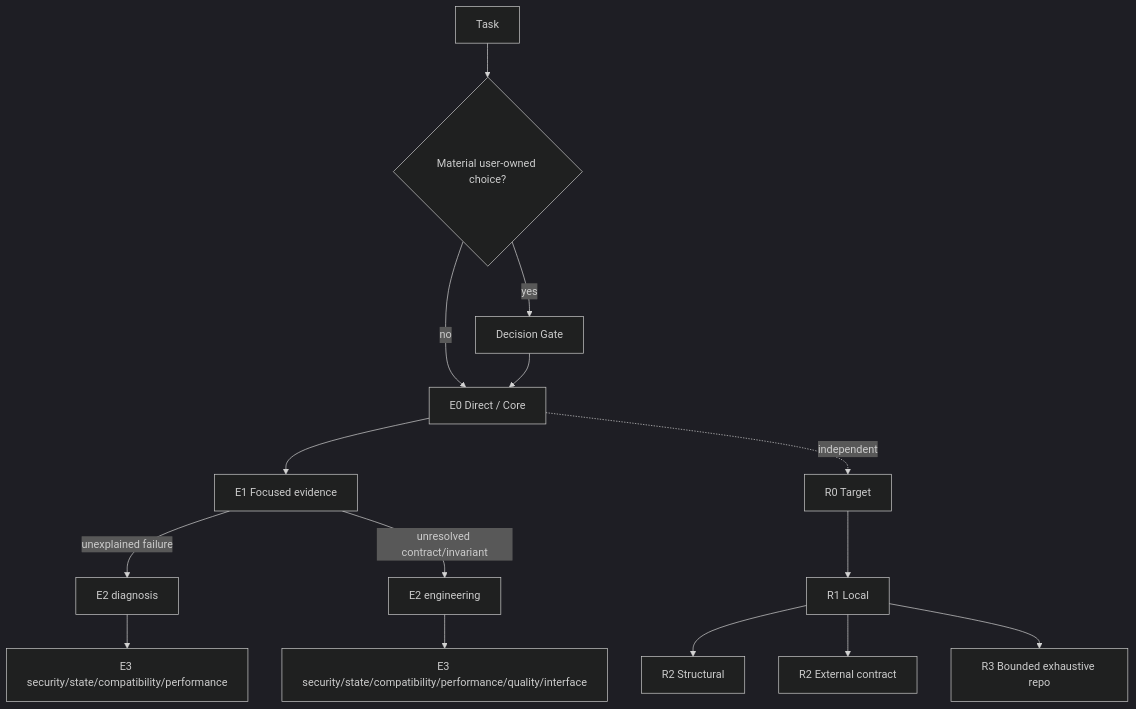
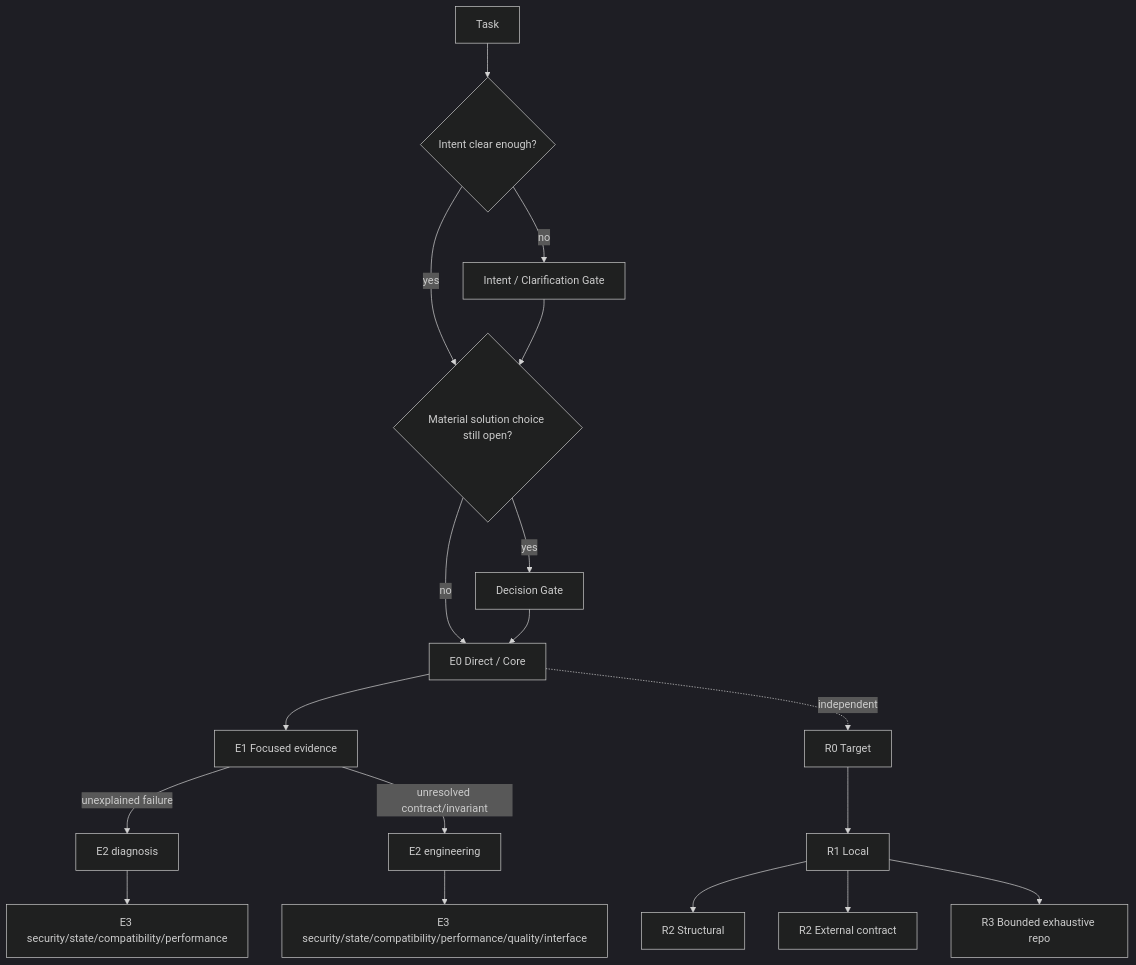
One commit to Hubujiu/practical-coding changed the diagram in README.md. Above: the diagram before and after it, drawn with Mermaid (dark theme). The commit also changed other lines of this file, not shown here.

Commit message:
docs: show clarification as first gate

````diff
--- a/README.md
+++ b/README.md
@@ -13,18 +13,22 @@
 ```mermaid
 flowchart TB
-  T[Task] --> D{Material user-owned choice?}
+  T[Task] --> I{Intent clear enough?}
+  I -->|no| IG[Intent / Clarification Gate]
+  I -->|yes| D
+  IG --> D{Material solution choice still open?}
   D -->|yes| DG[Decision Gate]
   D -->|no| E0[E0 Direct / Core]
   DG --> E0
+
   E0 --> E1[E1 Focused evidence]
   E1 -->|unexplained failure| DX[E2 diagnosis]
   E1 -->|unresolved contract/invariant| EN[E2 engineering]
   DX --> S1[E3 security/state/compatibility/performance]
   EN --> S2[E3 security/state/compatibility/performance/quality/interface]
 
   E0 -. independent .-> R0[R0 Target]
   R0 --> R1[R1 Local]
   R1 --> RS[R2 Structural]
   R1 --> RE[R2 External contract]
   R1 --> R3[R3 Bounded exhaustive repo]
 ```
````
